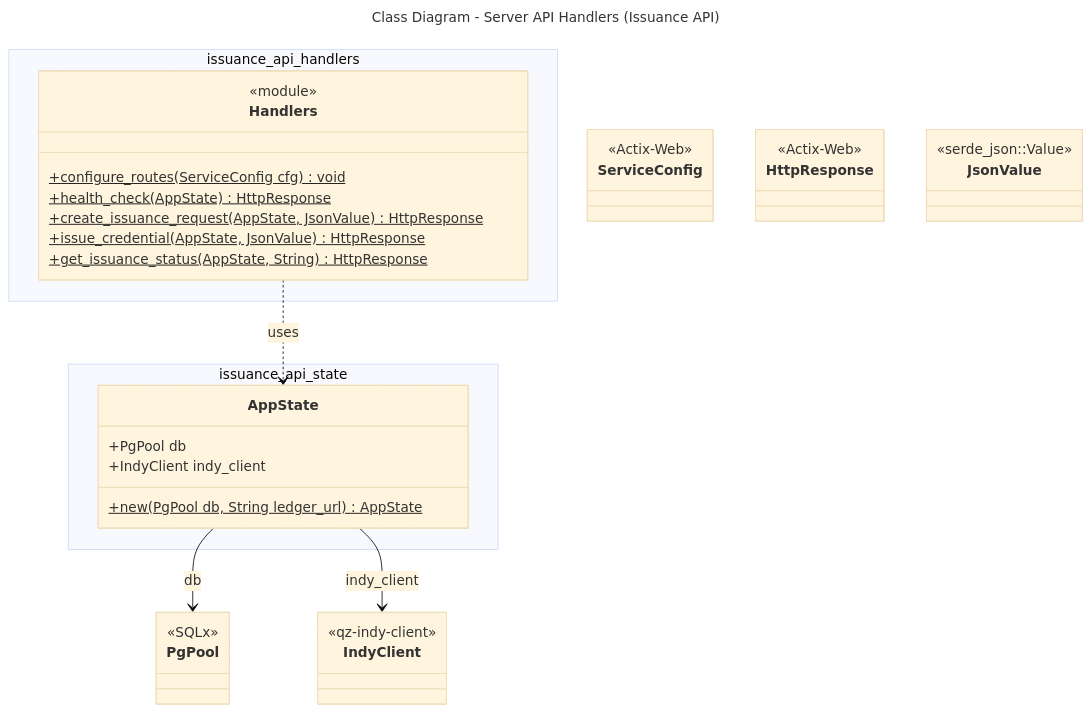
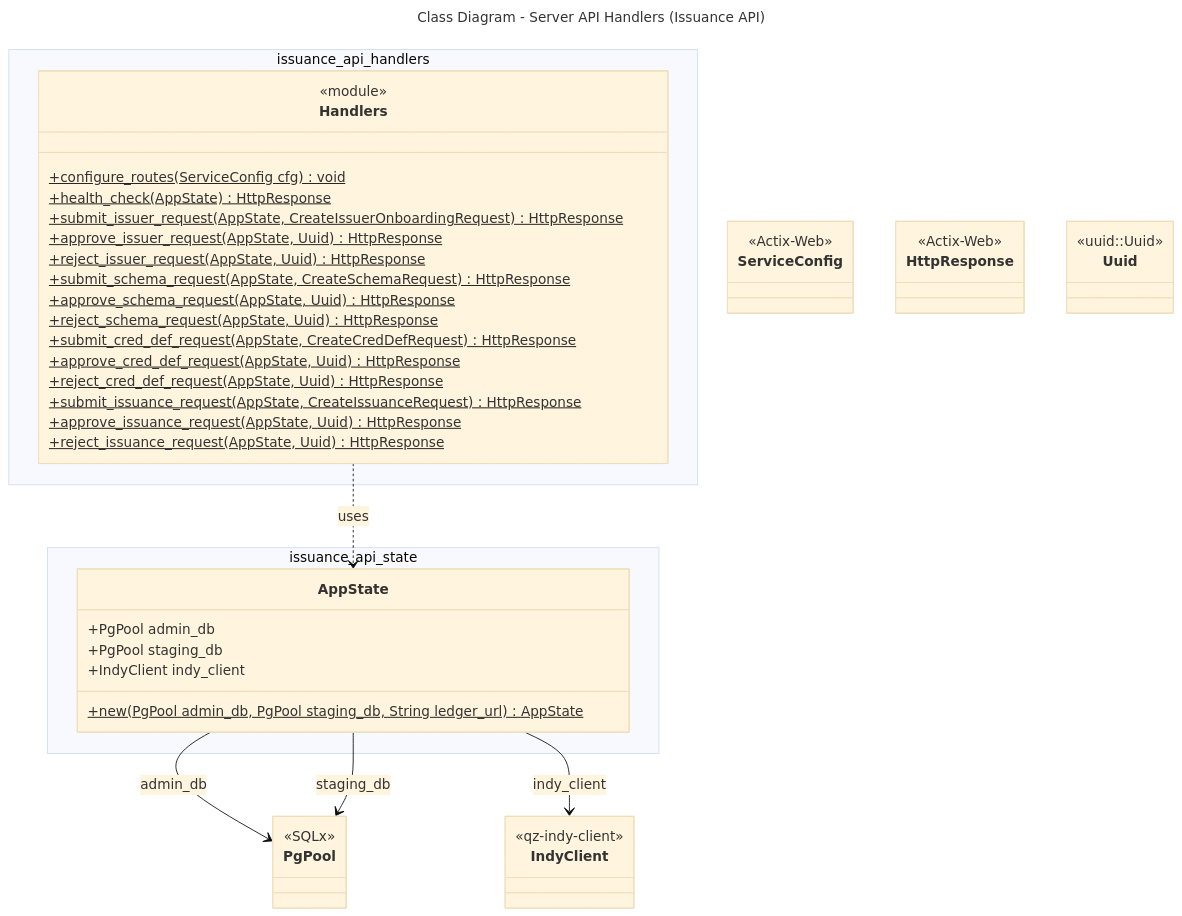
Before and after one commit to CHATEAUFORGE-LLC/QuantumZero: the diagram in diagrams/class-server-issuance-handlers.mmd, drawn with Mermaid. The commit also changed other lines of this file and 21 other files, not shown here.

```diff
--- a/diagrams/class-server-issuance-handlers.mmd
+++ b/diagrams/class-server-issuance-handlers.mmd
@@ -1,37 +1,48 @@
 ---
 title: Class Diagram - Server API Handlers (Issuance API)
 config:
   theme: base
 ---
 %% QuantumZero UML palette note: actors/external=#fff7e6/#b45309, system/component=#e0f2fe/#075985, datastore=#ecfccb/#4d7c0f, notes=#fff9c4/#d97706. Aligns diagrams to Deliverable 1 UML/DFD theme.
 %% Service pattern mirrors admin-api (routes + handlers + models + state).
 classDiagram
     namespace issuance_api_state {
         class AppState {
-            +PgPool db
+            +PgPool admin_db
+            +PgPool staging_db
             +IndyClient indy_client
-            +new(PgPool db, String ledger_url)$ AppState
+            +new(PgPool admin_db, PgPool staging_db, String ledger_url)$ AppState
         }
     }
 
     namespace issuance_api_handlers {
         class Handlers {
             <<module>>
             +configure_routes(ServiceConfig cfg)$ void
             +health_check(AppState)$ HttpResponse
-            +create_issuance_request(AppState, JsonValue)$ HttpResponse
-            +issue_credential(AppState, JsonValue)$ HttpResponse
-            +get_issuance_status(AppState, String)$ HttpResponse
+            +submit_issuer_request(AppState, CreateIssuerOnboardingRequest)$ HttpResponse
+            +approve_issuer_request(AppState, Uuid)$ HttpResponse
+            +reject_issuer_request(AppState, Uuid)$ HttpResponse
+            +submit_schema_request(AppState, CreateSchemaRequest)$ HttpResponse
+            +approve_schema_request(AppState, Uuid)$ HttpResponse
+            +reject_schema_request(AppState, Uuid)$ HttpResponse
+            +submit_cred_def_request(AppState, CreateCredDefRequest)$ HttpResponse
+            +approve_cred_def_request(AppState, Uuid)$ HttpResponse
+            +reject_cred_def_request(AppState, Uuid)$ HttpResponse
+            +submit_issuance_request(AppState, CreateIssuanceRequest)$ HttpResponse
+            +approve_issuance_request(AppState, Uuid)$ HttpResponse
+            +reject_issuance_request(AppState, Uuid)$ HttpResponse
         }
     }
 
     %% External / shared types
     class PgPool { <<SQLx>> }
     class IndyClient { <<qz-indy-client>> }
     class ServiceConfig { <<Actix-Web>> }
     class HttpResponse { <<Actix-Web>> }
-    class JsonValue { <<serde_json::Value>> }
+    class Uuid { <<uuid::Uuid>> }
 
     Handlers ..> AppState : uses
-    AppState --> PgPool : db
+    AppState --> PgPool : admin_db
+    AppState --> PgPool : staging_db
     AppState --> IndyClient : indy_client
```
